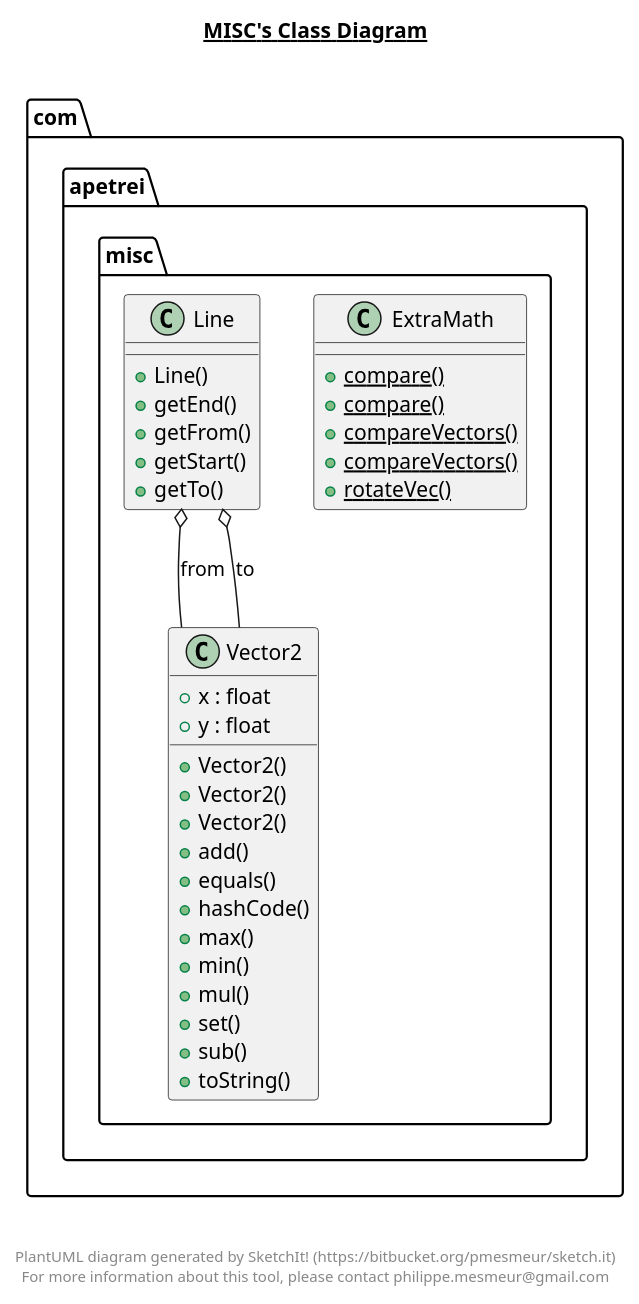
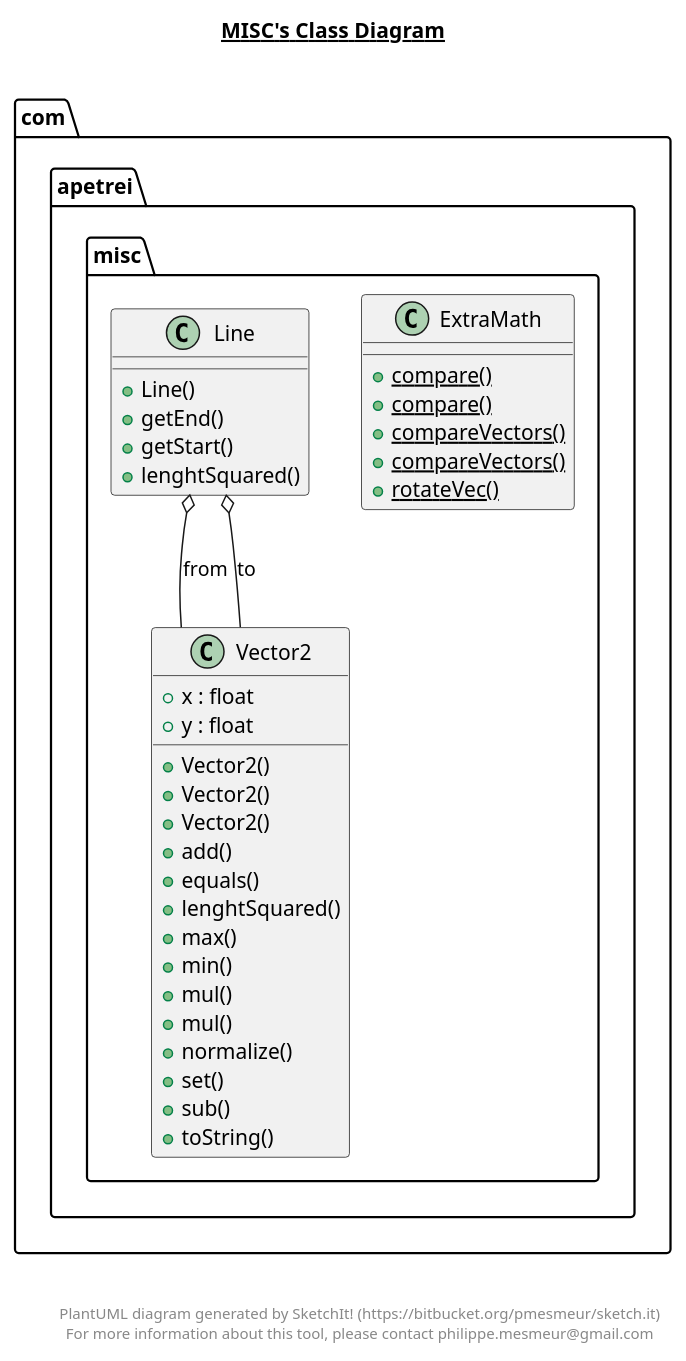
One commit to TheWiseWolfy/Wild-Sky changed the diagram in src/com/apetrei/misc/misc.plantuml. Above: the diagram before and after it, drawn with PlantUML. The commit also changed 37 other files, not shown here.

```diff
--- a/src/com/apetrei/misc/misc.plantuml
+++ b/src/com/apetrei/misc/misc.plantuml
@@ -1,58 +1,59 @@
 @startuml
 
 title __MISC's Class Diagram__\n
 
   namespace com.apetrei.misc {
     class com.apetrei.misc.ExtraMath {
         {static} + compare()
         {static} + compare()
         {static} + compareVectors()
         {static} + compareVectors()
         {static} + rotateVec()
     }
   }
   
 
   namespace com.apetrei.misc {
     class com.apetrei.misc.Line {
         + Line()
         + getEnd()
-        + getFrom()
         + getStart()
-        + getTo()
+        + lenghtSquared()
     }
   }
   
 
   namespace com.apetrei.misc {
     class com.apetrei.misc.Vector2 {
         + x : float
         + y : float
         + Vector2()
         + Vector2()
         + Vector2()
         + add()
         + equals()
-        + hashCode()
+        + lenghtSquared()
         + max()
         + min()
         + mul()
+        + mul()
+        + normalize()
         + set()
         + sub()
         + toString()
     }
   }
   
 
   com.apetrei.misc.Line o-- com.apetrei.misc.Vector2 : from
   com.apetrei.misc.Line o-- com.apetrei.misc.Vector2 : to
 
 
 right footer
 
 
 PlantUML diagram generated by SketchIt! (https://bitbucket.org/pmesmeur/sketch.it)
 For more information about this tool, please contact philippe.mesmeur@gmail.com
 endfooter
 
 @enduml
```
